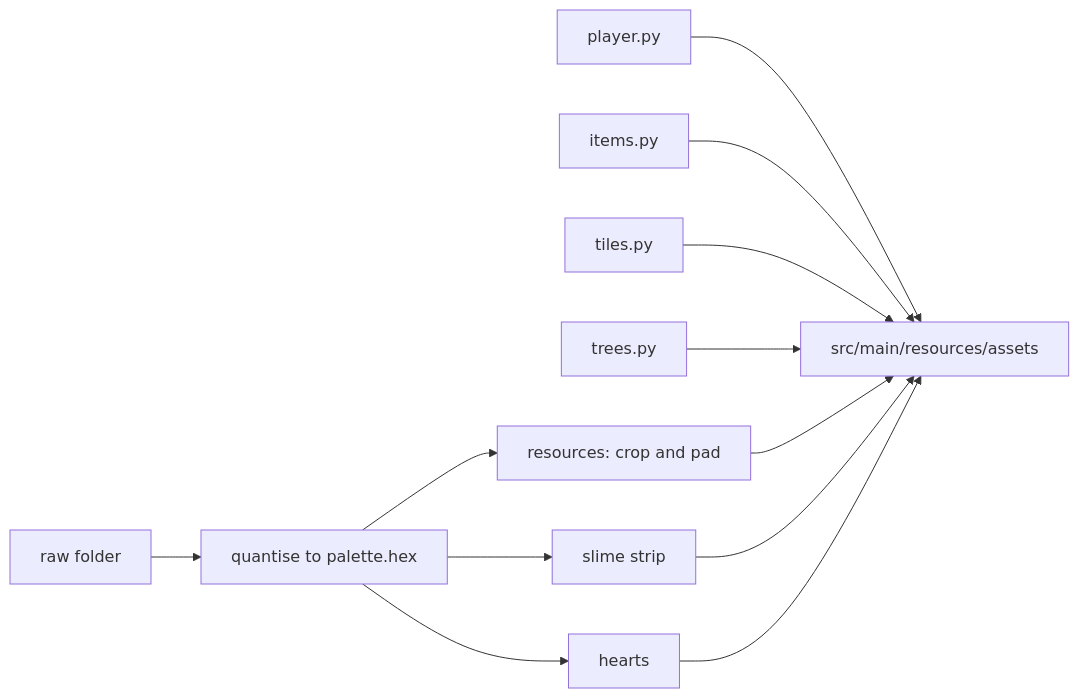
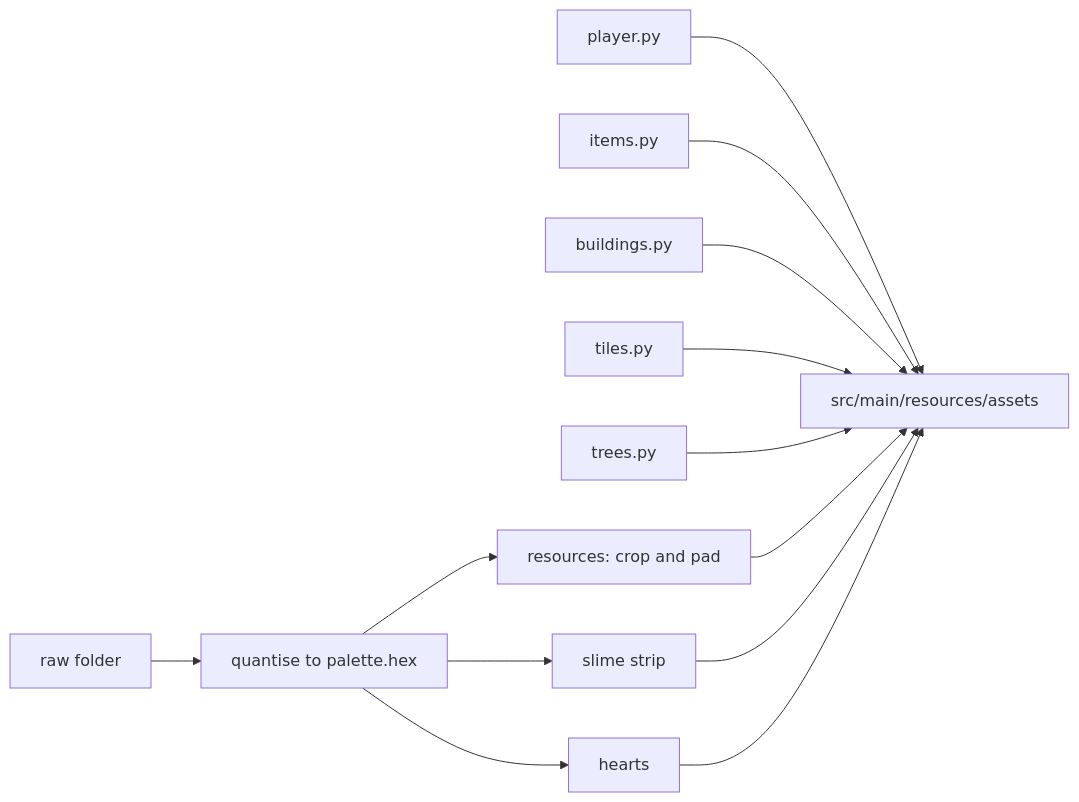
The first of 2 diagrams in tools/pixelart/README.md (kfeuerschvenger/perlinsedge), drawn with Mermaid before and after one commit. The commit also changed other lines of this file and 21 other files, not shown here.

````diff
--- a/tools/pixelart/README.md
+++ b/tools/pixelart/README.md
@@ -13,14 +13,15 @@
 ```mermaid
 flowchart LR
   R[raw folder] --> Q[quantise to palette.hex]
   Q --> S[resources: crop and pad]
   Q --> E[slime strip]
   P[player.py] --> O
   I[items.py] --> O
+  B[buildings.py] --> O
   Q --> G[hearts]
   L[tiles.py] --> O[src/main/resources/assets]
   T[trees.py] --> O
   S --> O
   E --> O
   G --> O
 ```
````
